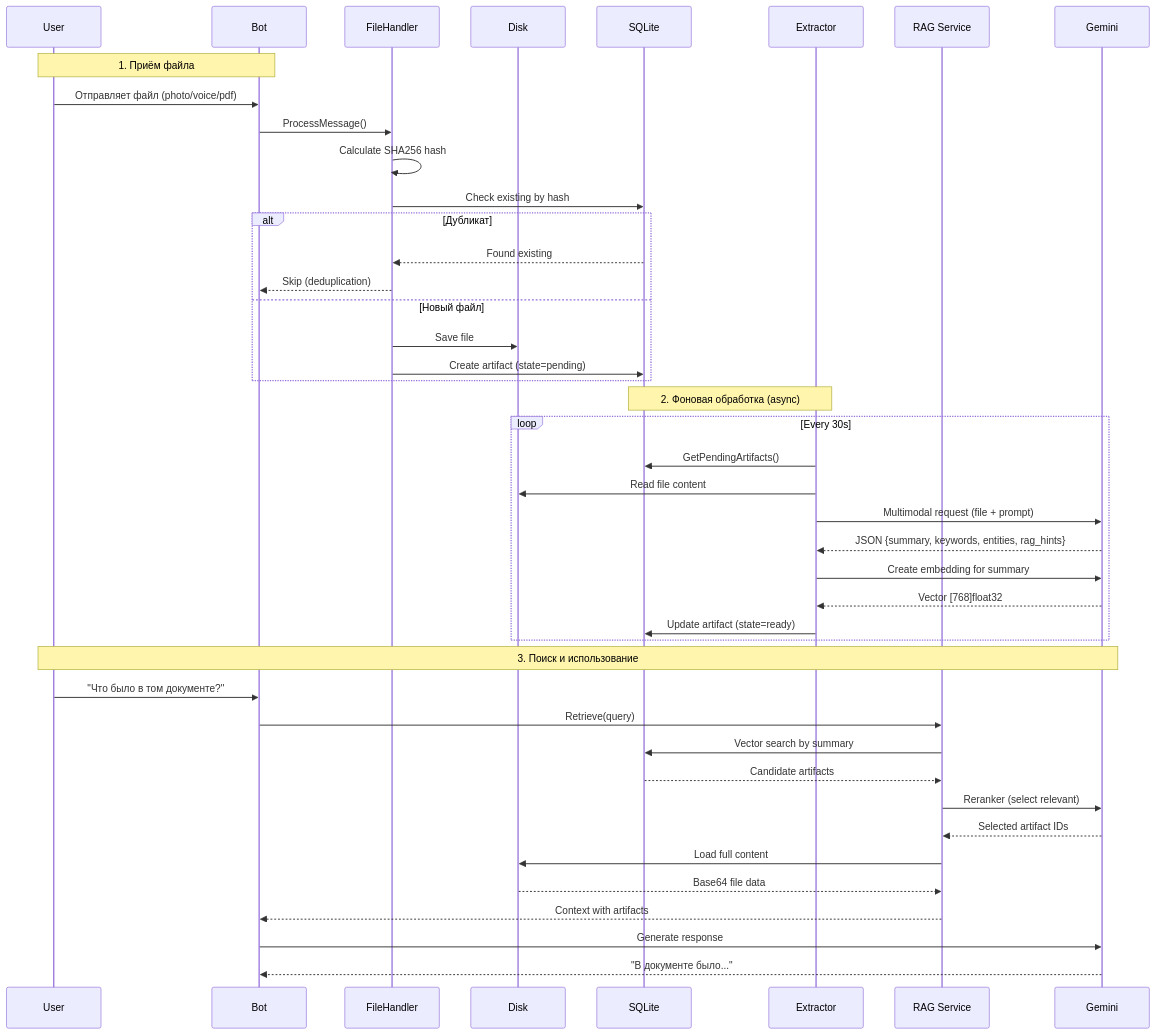
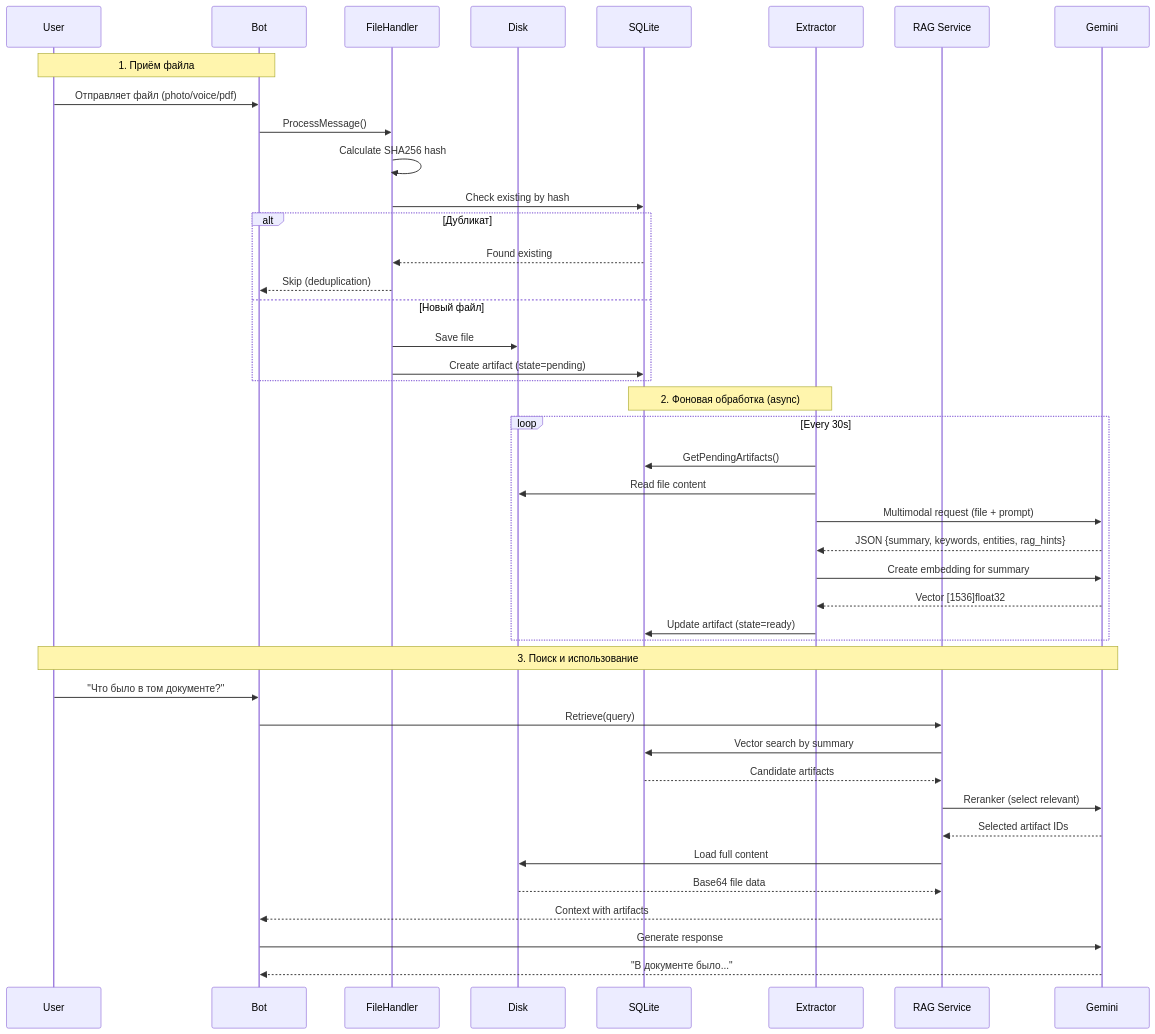
Before and after one commit to runixer/laplaced: the second of 2 diagrams in docs/architecture/artifacts-system.md, drawn with Mermaid. The commit also changed other lines of this file and 16 other files, not shown here.

````diff
--- a/docs/architecture/artifacts-system.md
+++ b/docs/architecture/artifacts-system.md
@@ -70,48 +70,48 @@
 ```mermaid
 sequenceDiagram
     participant User as User
     participant Bot as Bot
     participant FH as FileHandler
     participant Disk as Disk
     participant DB as SQLite
     participant Ext as Extractor
     participant RAG as RAG Service
     participant LLM as Gemini
 
     Note over User,Bot: 1. Приём файла
     User->>Bot: Отправляет файл (photo/voice/pdf)
     Bot->>FH: ProcessMessage()
     FH->>FH: Calculate SHA256 hash
     FH->>DB: Check existing by hash
     alt Дубликат
         DB-->>FH: Found existing
         FH-->>Bot: Skip (deduplication)
     else Новый файл
         FH->>Disk: Save file
         FH->>DB: Create artifact (state=pending)
     end
 
     Note over Ext,DB: 2. Фоновая обработка (async)
     loop Every 30s
         Ext->>DB: GetPendingArtifacts()
         Ext->>Disk: Read file content
         Ext->>LLM: Multimodal request (file + prompt)
         LLM-->>Ext: JSON {summary, keywords, entities, rag_hints}
         Ext->>LLM: Create embedding for summary
-        LLM-->>Ext: Vector [768]float32
+        LLM-->>Ext: Vector [1536]float32
         Ext->>DB: Update artifact (state=ready)
     end
 
     Note over User,LLM: 3. Поиск и использование
     User->>Bot: "Что было в том документе?"
     Bot->>RAG: Retrieve(query)
     RAG->>DB: Vector search by summary
     DB-->>RAG: Candidate artifacts
     RAG->>LLM: Reranker (select relevant)
     LLM-->>RAG: Selected artifact IDs
     RAG->>Disk: Load full content
     Disk-->>RAG: Base64 file data
     RAG-->>Bot: Context with artifacts
     Bot->>LLM: Generate response
     LLM-->>Bot: "В документе было..."
 ```
````
